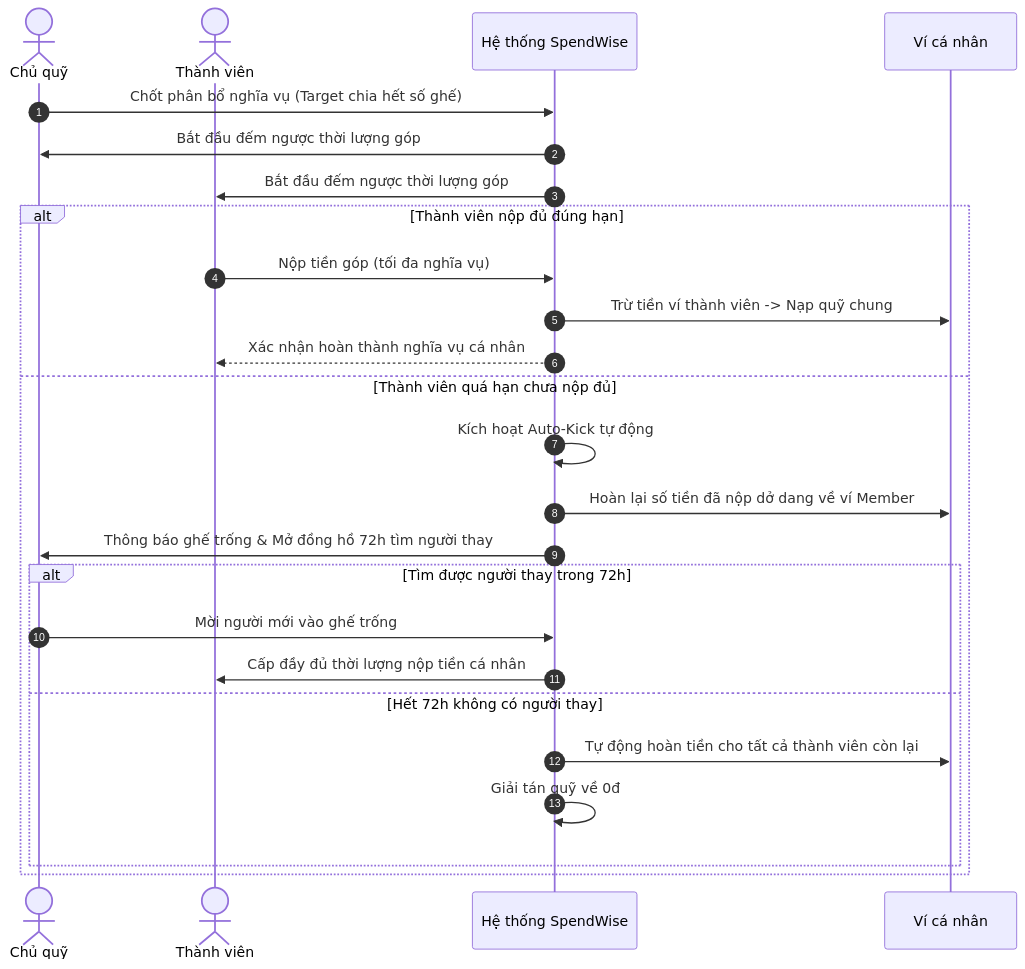
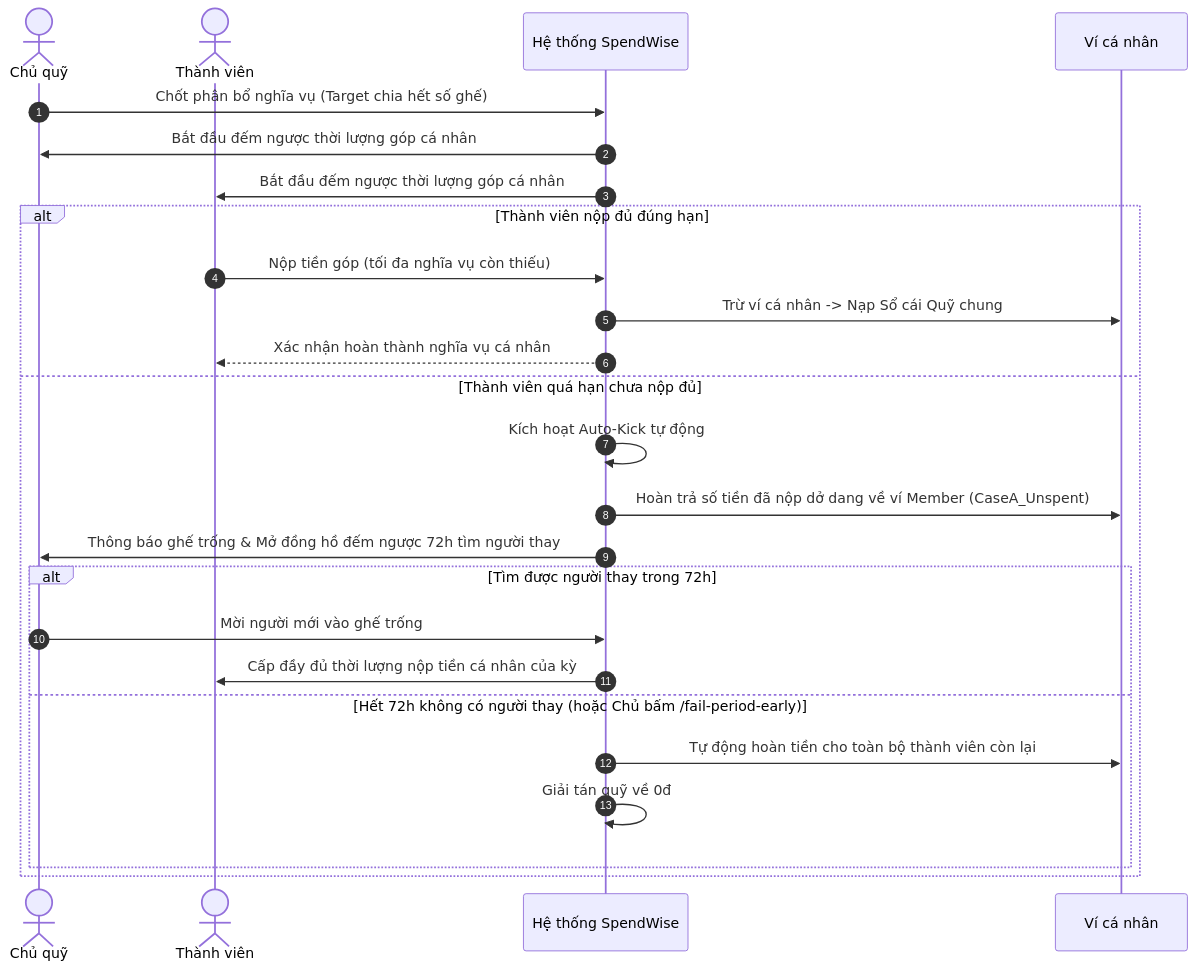
One commit to thien230314-bit/Spendwise changed the third of 6 diagrams in docs/HUONG-DAN-QUY-NHOM-SPENDWISE.md. Above: the diagram before and after it, drawn with Mermaid. The commit also changed other lines of this file and 2 other files, not shown here.

Commit message:
docs: finalize group funds documentation with exact backend error codes, 6 diagrams, and complete lifecycle stories

````diff
--- a/docs/HUONG-DAN-QUY-NHOM-SPENDWISE.md
+++ b/docs/HUONG-DAN-QUY-NHOM-SPENDWISE.md
@@ -432,30 +467,30 @@
 ```mermaid
 sequenceDiagram
     autonumber
     actor Owner as Chủ quỹ
     actor Member as Thành viên
     participant System as Hệ thống SpendWise
     participant Wallet as Ví cá nhân
 
     Owner->>System: Chốt phân bổ nghĩa vụ (Target chia hết số ghế)
-    System->>Owner: Bắt đầu đếm ngược thời lượng góp
-    System->>Member: Bắt đầu đếm ngược thời lượng góp
+    System->>Owner: Bắt đầu đếm ngược thời lượng góp cá nhân
+    System->>Member: Bắt đầu đếm ngược thời lượng góp cá nhân
 
     alt Thành viên nộp đủ đúng hạn
-        Member->>System: Nộp tiền góp (tối đa nghĩa vụ)
-        System->>Wallet: Trừ tiền ví thành viên -> Nạp quỹ chung
+        Member->>System: Nộp tiền góp (tối đa nghĩa vụ còn thiếu)
+        System->>Wallet: Trừ ví cá nhân -> Nạp Sổ cái Quỹ chung
         System-->>Member: Xác nhận hoàn thành nghĩa vụ cá nhân
     else Thành viên quá hạn chưa nộp đủ
         System->>System: Kích hoạt Auto-Kick tự động
-        System->>Wallet: Hoàn lại số tiền đã nộp dở dang về ví Member
-        System->>Owner: Thông báo ghế trống & Mở đồng hồ 72h tìm người thay
+        System->>Wallet: Hoàn trả số tiền đã nộp dở dang về ví Member (CaseA_Unspent)
+        System->>Owner: Thông báo ghế trống & Mở đồng hồ đếm ngược 72h tìm người thay
         
         alt Tìm được người thay trong 72h
             Owner->>System: Mời người mới vào ghế trống
-            System->>Member: Cấp đầy đủ thời lượng nộp tiền cá nhân
-        else Hết 72h không có người thay
-            System->>Wallet: Tự động hoàn tiền cho tất cả thành viên còn lại
+            System->>Member: Cấp đầy đủ thời lượng nộp tiền cá nhân của kỳ
+        else Hết 72h không có người thay (hoặc Chủ bấm /fail-period-early)
+            System->>Wallet: Tự động hoàn tiền cho toàn bộ thành viên còn lại
             System->>System: Giải tán quỹ về 0đ
         end
     end
 ```
````
